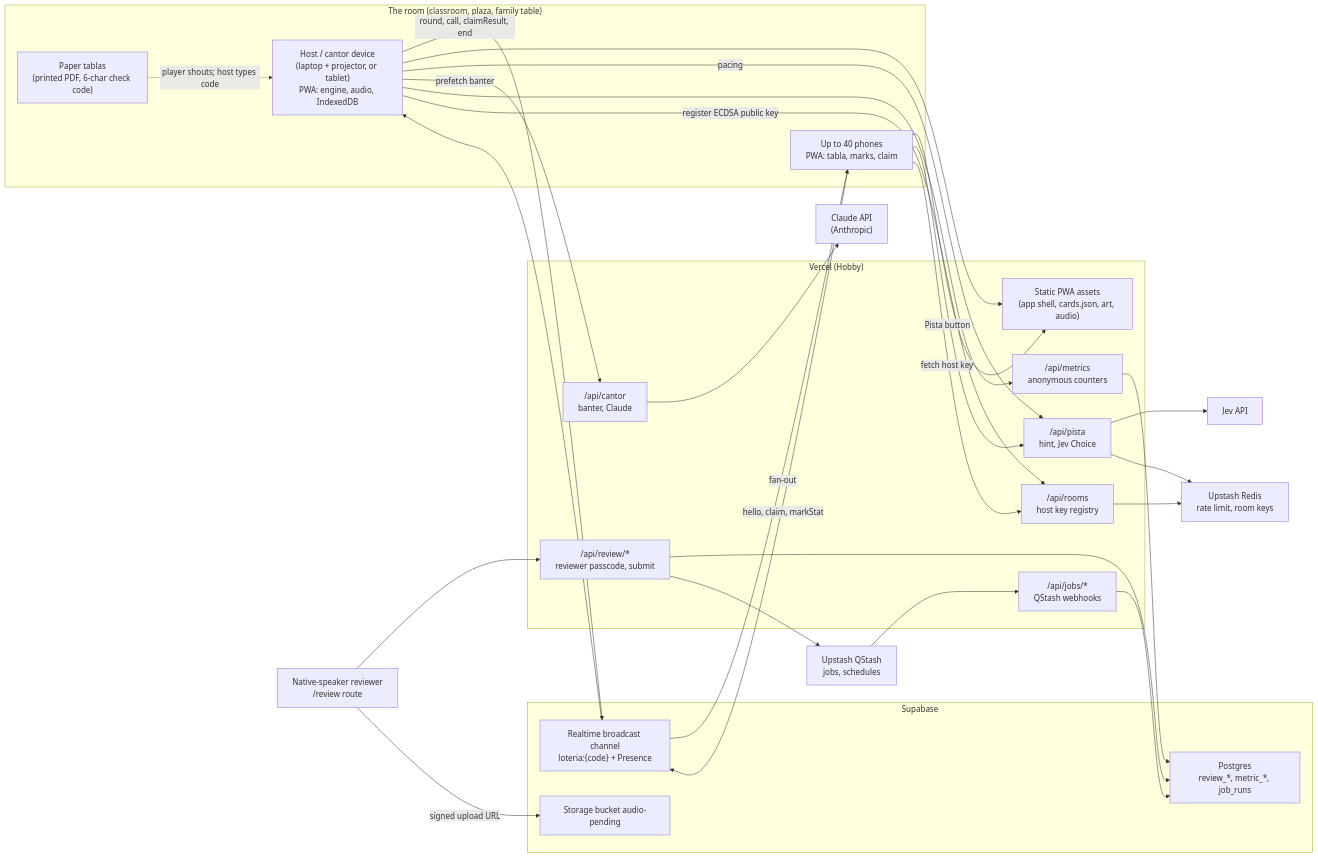
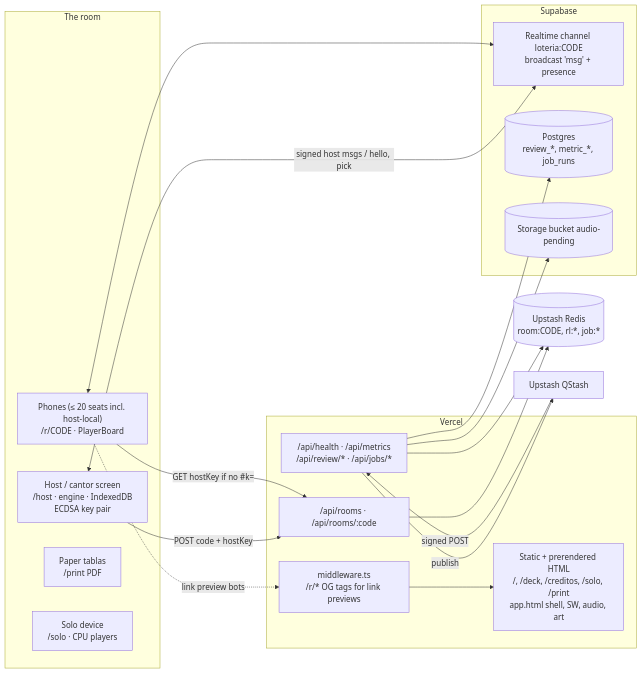
One commit to talacha/app.loteria.to changed the diagram in docs/ARCHITECTURE.md. Above: the diagram before and after it, drawn with Mermaid. The commit also changed other lines of this file and 2 other files, not shown here.

Commit message:
Rewrite README, architecture and protocol docs from the current code

````diff
--- a/docs/ARCHITECTURE.md
+++ b/docs/ARCHITECTURE.md
@@ -42,56 +11,33 @@
 ```mermaid
 flowchart LR
-  subgraph Room["The room (classroom, plaza, family table)"]
-    Host["Host / cantor device<br/>(laptop + projector, or tablet)<br/>PWA: engine, audio, IndexedDB"]
-    Phones["Up to 40 phones<br/>PWA: tabla, marks, claim"]
-    Paper["Paper tablas<br/>(printed PDF, 6-char check code)"]
+  subgraph Room["The room"]
+    Host["Host / cantor screen<br/>/host · engine · IndexedDB<br/>ECDSA key pair"]
+    Phones["Phones (≤ 20 seats incl. host-local)<br/>/r/CODE · PlayerBoard"]
+    Paper["Paper tablas<br/>/print PDF"]
+    Solo["Solo device<br/>/solo · CPU players"]
   end
+  subgraph Vercel
+    Static["Static + prerendered HTML<br/>/, /deck, /creditos, /solo, /print<br/>app.html shell, SW, audio, art"]
+    MW["middleware.ts<br/>/r/* OG tags for link previews"]
+    Rooms["/api/rooms · /api/rooms/:code"]
+    Other["/api/health · /api/metrics<br/>/api/review/* · /api/jobs/*"]
+  end
+  subgraph Supabase
+    RT["Realtime channel loteria:CODE<br/>broadcast 'msg' + presence"]
+    PG[("Postgres<br/>review_*, metric_*, job_runs")]
+    ST[("Storage bucket audio-pending")]
+  end
+  Redis[("Upstash Redis<br/>room:CODE, rl:*, job:*")]
+  QStash["Upstash QStash"]
 
-  subgraph Vercel["Vercel (Hobby)"]
-    Static["Static PWA assets<br/>(app shell, cards.json, art, audio)"]
-    Pista["/api/pista<br/>hint, Jev Choice"]
-    Cantor["/api/cantor<br/>banter, Claude"]
-    Metrics["/api/metrics<br/>anonymous counters"]
-    ReviewAuth["/api/review/*<br/>reviewer passcode, submit"]
-    Rooms["/api/rooms<br/>host key registry"]
-    Jobs["/api/jobs/*<br/>QStash webhooks"]
-  end
-
-  subgraph Supabase["Supabase"]
-    RT["Realtime broadcast channel<br/>loteria:{code} + Presence"]
-    Storage["Storage bucket audio-pending"]
-    PG["Postgres<br/>review_*, metric_*, job_runs"]
-  end
-
-  Jev["Jev API"]
-  Claude["Claude API<br/>(Anthropic)"]
-  Upstash["Upstash Redis<br/>rate limit, room keys"]
-  QStash["Upstash QStash<br/>jobs, schedules"]
-
-  Host -- "round, call, claimResult, end" --> RT
-  RT -- "fan-out" --> Phones
-  Phones -- "hello, claim, markStat" --> RT
-  RT --> Host
-  Paper -. "player shouts; host types code" .-> Host
-
-  Host --> Static
-  Phones --> Static
-  Phones -- "Pista button" --> Pista
-  Host -- "pacing" --> Pista
-  Host -- "prefetch banter" --> Cantor
-  Host --> Metrics
-  Pista --> Jev
-  Cantor --> Claude
-  Pista --> Upstash
-  Rooms --> Upstash
-  Host -- "register ECDSA public key" --> Rooms
-  Phones -- "fetch host key" --> Rooms
-  Metrics --> PG
-  ReviewAuth --> PG
-  ReviewAuth --> QStash
-  QStash --> Jobs
-  Jobs --> PG
-
-  Reviewer["Native-speaker reviewer<br/>/review route"] --> ReviewAuth
-  Reviewer -- "signed upload URL" --> Storage
+  Host <-->|signed host msgs / hello, pick| RT
+  Phones <--> RT
+  Host -->|POST code + hostKey| Rooms
+  Phones -->|GET hostKey if no #k=| Rooms
+  Rooms --> Redis
+  Other --> Redis
+  Other --> PG
+  Other --> ST
+  Other -->|publish| QStash -->|signed POST| Other
+  Phones -. link preview bots .-> MW --> Static
 ```
````
